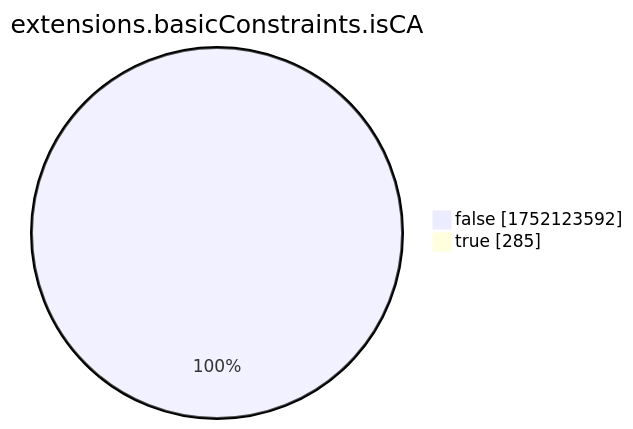
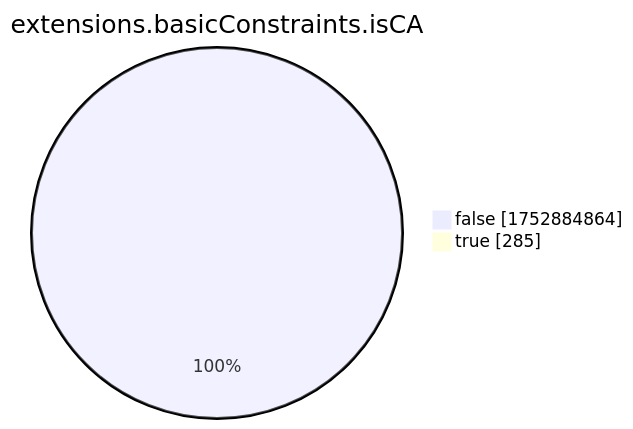
The eighth of 15 diagrams in xenon2022/README.md (christiankrug/ctmonitor_visualization), drawn with Mermaid before and after one commit. The commit also changed other lines of this file, not shown here.

````diff
--- a/xenon2022/README.md
+++ b/xenon2022/README.md
@@ -2867,6 +2867,6 @@
 ```mermaid
 pie showData
 title extensions.basicConstraints.isCA
-"false" :1752123592
+"false" :1752884864
 "true" :285
 ```
````
